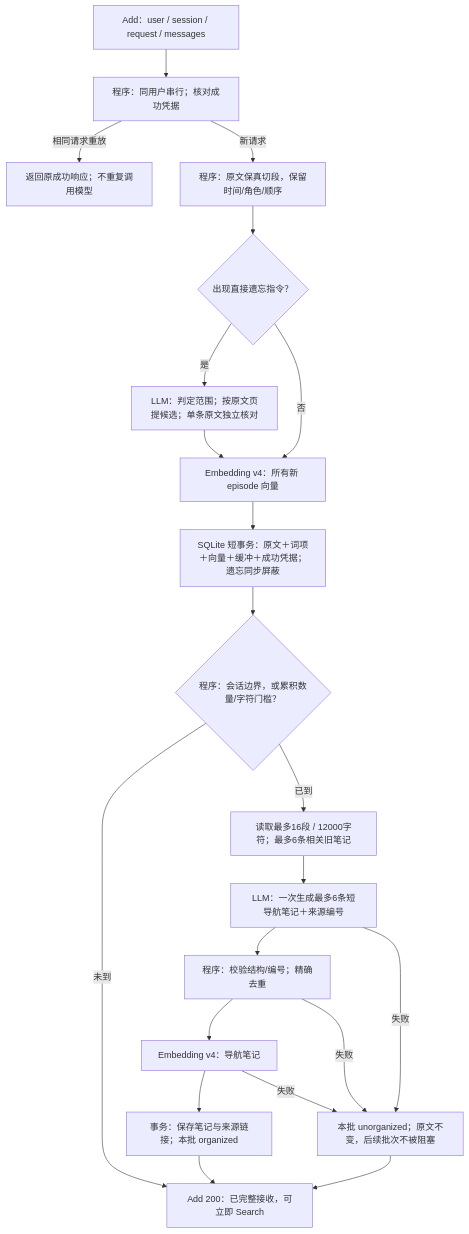
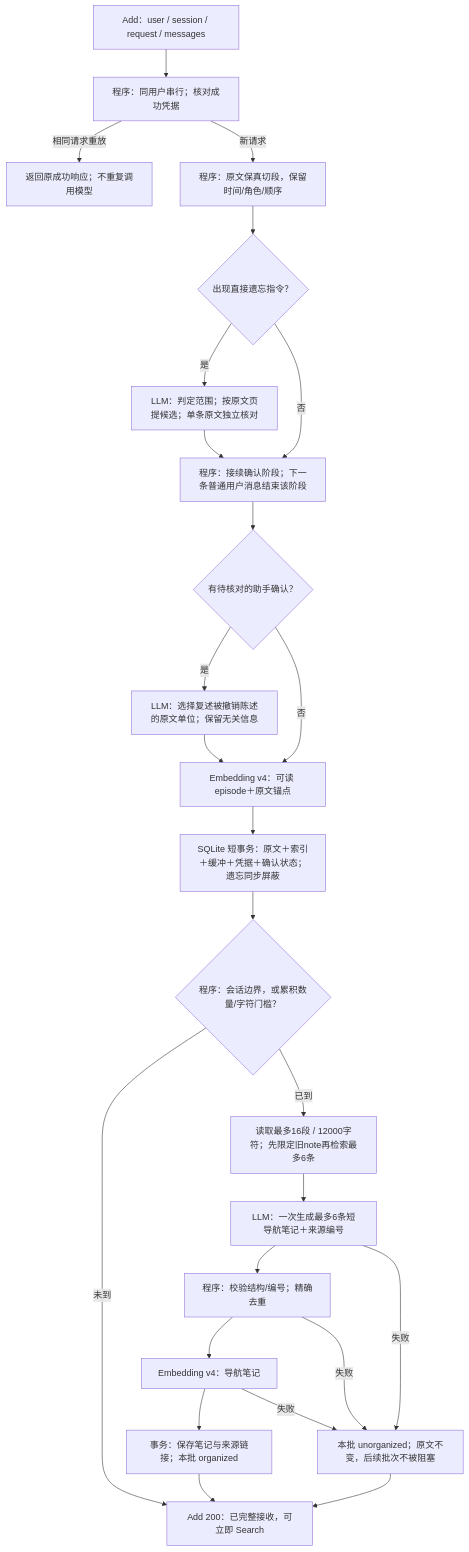
The first of 2 diagrams in DESIGN.md (Graygoo7529/AM-Link), drawn with Mermaid before and after one commit. The commit also changed other lines of this file and 41 other files, not shown here.

````diff
--- a/DESIGN.md
+++ b/DESIGN.md
@@ -37,23 +42,27 @@
 ```mermaid
 flowchart TD
   A["Add：user / session / request / messages"] --> B["程序：同用户串行；核对成功凭据"]
   B -->|相同请求重放| R["返回原成功响应；不重复调用模型"]
   B -->|新请求| C["程序：原文保真切段，保留时间/角色/顺序"]
   C --> F{"出现直接遗忘指令？"}
   F -->|是| G["LLM：判定范围；按原文页提候选；单条原文独立核对"]
-  F -->|否| E["Embedding v4：所有新 episode 向量"]
-  G --> E
-  E --> T["SQLite 短事务：原文＋词项＋向量＋缓冲＋成功凭据；遗忘同步屏蔽"]
+  F -->|否| H["程序：接续确认阶段；下一条普通用户消息结束该阶段"]
+  G --> H
+  H --> J{"有待核对的助手确认？"}
+  J -->|是| K["LLM：选择复述被撤销陈述的原文单位；保留无关信息"]
+  J -->|否| E["Embedding v4：可读 episode＋原文锚点"]
+  K --> E
+  E --> T["SQLite 短事务：原文＋索引＋缓冲＋凭据＋确认状态；遗忘同步屏蔽"]
   T --> Q{"程序：会话边界，或累积数量/字符门槛？"}
   Q -->|未到| Z["Add 200：已完整接收，可立即 Search"]
-  Q -->|已到| N["读取最多16段 / 12000字符；最多6条相关旧笔记"]
+  Q -->|已到| N["读取最多16段 / 12000字符；先限定旧note再检索最多6条"]
   N --> L["LLM：一次生成最多6条短导航笔记＋来源编号"]
   L --> V["程序：校验结构/编号；精确去重"]
   V --> I["Embedding v4：导航笔记"]
   I --> S["事务：保存笔记与来源链接；本批 organized"]
   S --> Z
   L -->|失败| X["本批 unorganized；原文不变，后续批次不被阻塞"]
   V -->|失败| X
   I -->|失败| X
   X --> Z
 ```
````
